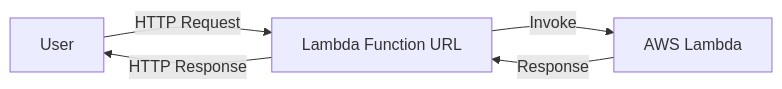
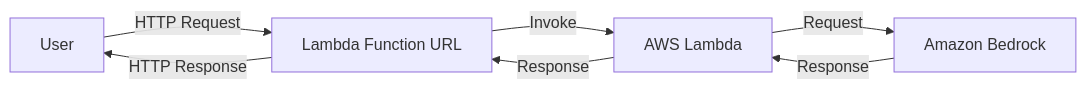
One commit to x0x0b/bedrock-lambda-test changed the diagram in README.md. Above: the diagram before and after it, drawn with Mermaid.

````diff
--- a/README.md
+++ b/README.md
@@ -11,7 +11,9 @@
 ```mermaid
 graph LR
-    user[User] -->|HTTP Request| FunctionURL["Lambda Function URL"]
+    User -->|HTTP Request| FunctionURL["Lambda Function URL"]
     FunctionURL -->|Invoke| Lambda["AWS Lambda"]
+    Lambda -->|Request| Bedrock["Amazon Bedrock"]
+    Bedrock -->|Response| Lambda
     Lambda -->|Response| FunctionURL
-    FunctionURL -->|HTTP Response| user[User]
+    FunctionURL -->|HTTP Response| User
 ```
````
